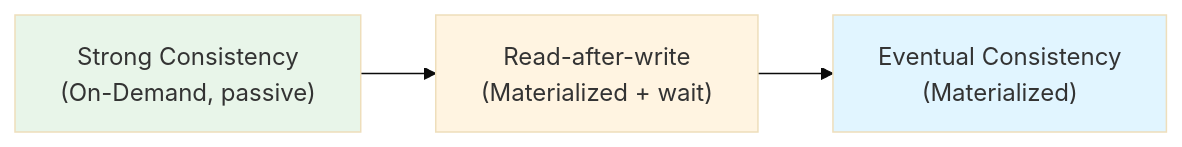
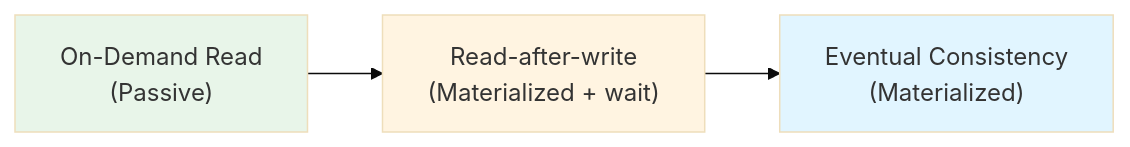
The first of 3 diagrams in Documentation/read-models/consistency.md (Cratis/Chronicle), drawn with Mermaid (base theme) before and after one commit. The commit also changed other lines of this file and 15 other files, not shown here.

````diff
--- a/Documentation/read-models/consistency.md
+++ b/Documentation/read-models/consistency.md
@@ -16,12 +16,12 @@
 ```mermaid
 graph LR
-    A["Strong Consistency\n(On-Demand, passive)"]
+    A["On-Demand Read\n(Passive)"]
     B["Read-after-write\n(Materialized + wait)"]
     C["Eventual Consistency\n(Materialized)"]
 
     A --> B --> C
 
     style A fill:#e8f5e9
     style B fill:#fff4e1
     style C fill:#e1f5ff
 ```
````
